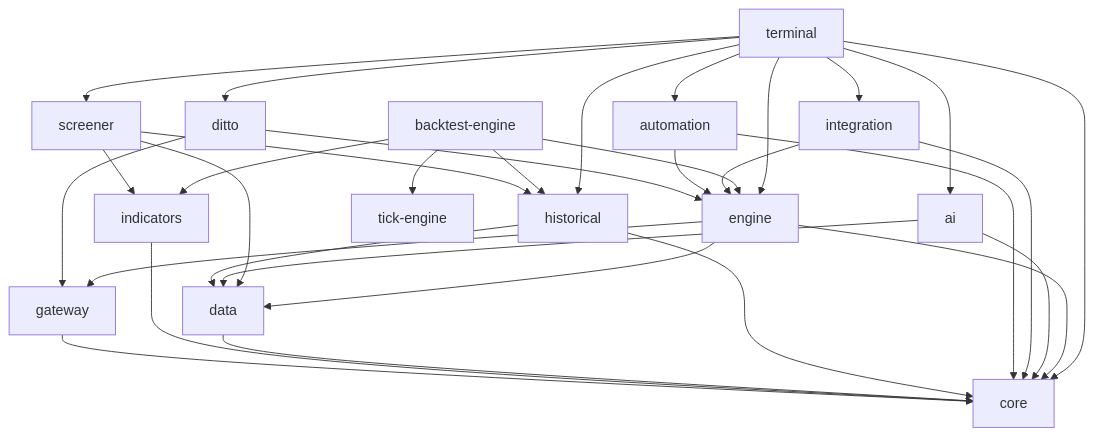
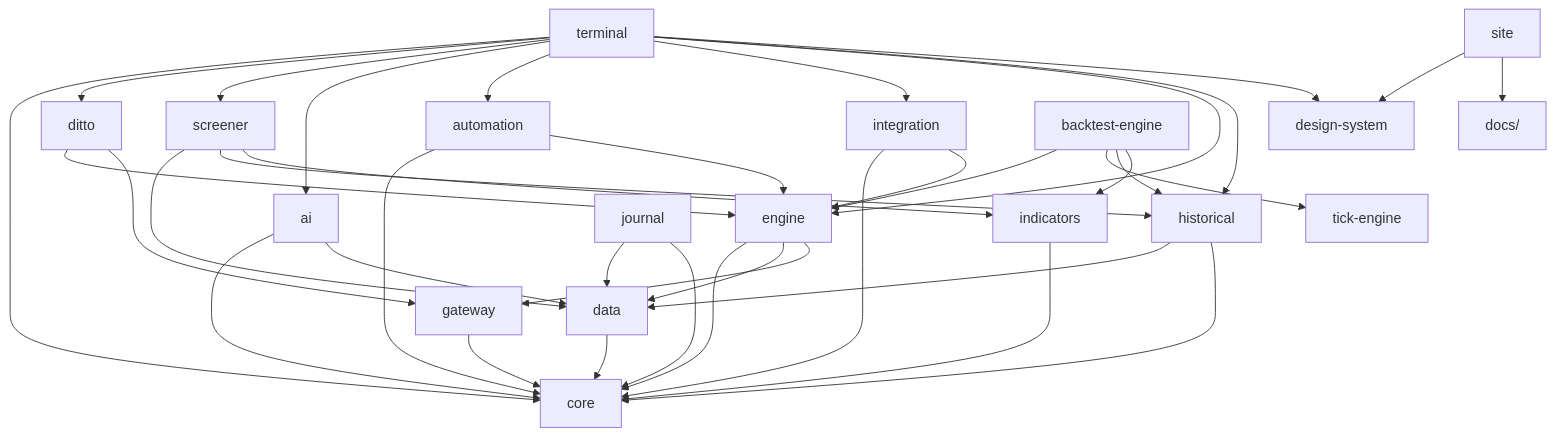
One commit to navaneeshnagarajan/FlintTrade changed the second of 5 diagrams in docs/ARCHITECTURE.md. Above: the diagram before and after it, drawn with Mermaid. The commit also changed other lines of this file and 215 other files, not shown here.

````diff
--- a/docs/ARCHITECTURE.md
+++ b/docs/ARCHITECTURE.md
@@ -73,42 +79,48 @@
 ```mermaid
 flowchart TD
     terminal --> core
     terminal --> ditto
     terminal --> screener
     terminal --> ai
     terminal --> automation
     terminal --> integration
     terminal --> engine
     terminal --> historical
+    terminal --> designSystem[design-system]
+
+    site --> designSystem
+    site --> docs[docs/]
 
     engine --> core
     engine --> data
     engine --> gateway
     backtestEngine[backtest-engine] --> engine
     backtestEngine --> tickEngine[tick-engine]
     backtestEngine --> historical
     backtestEngine --> indicators
 
     screener --> data
     screener --> historical
     screener --> indicators
 
     ai --> core
     ai --> data
+    journal --> data
+    journal --> core
 
     integration --> core
     integration --> engine
 
     automation --> core
     automation --> engine
 
     ditto --> engine
     ditto --> gateway
 
     historical --> data
     historical --> core
 
     data --> core
     indicators --> core
     gateway --> core
 ```
````
